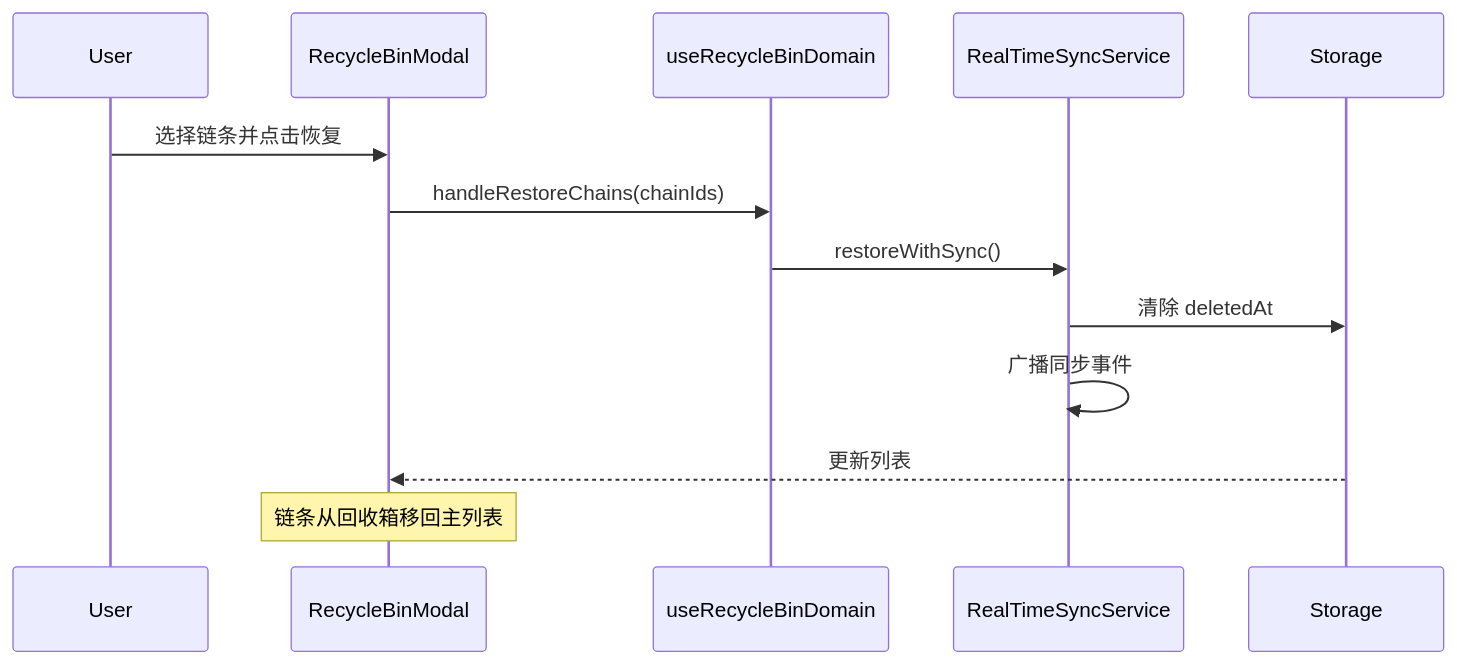
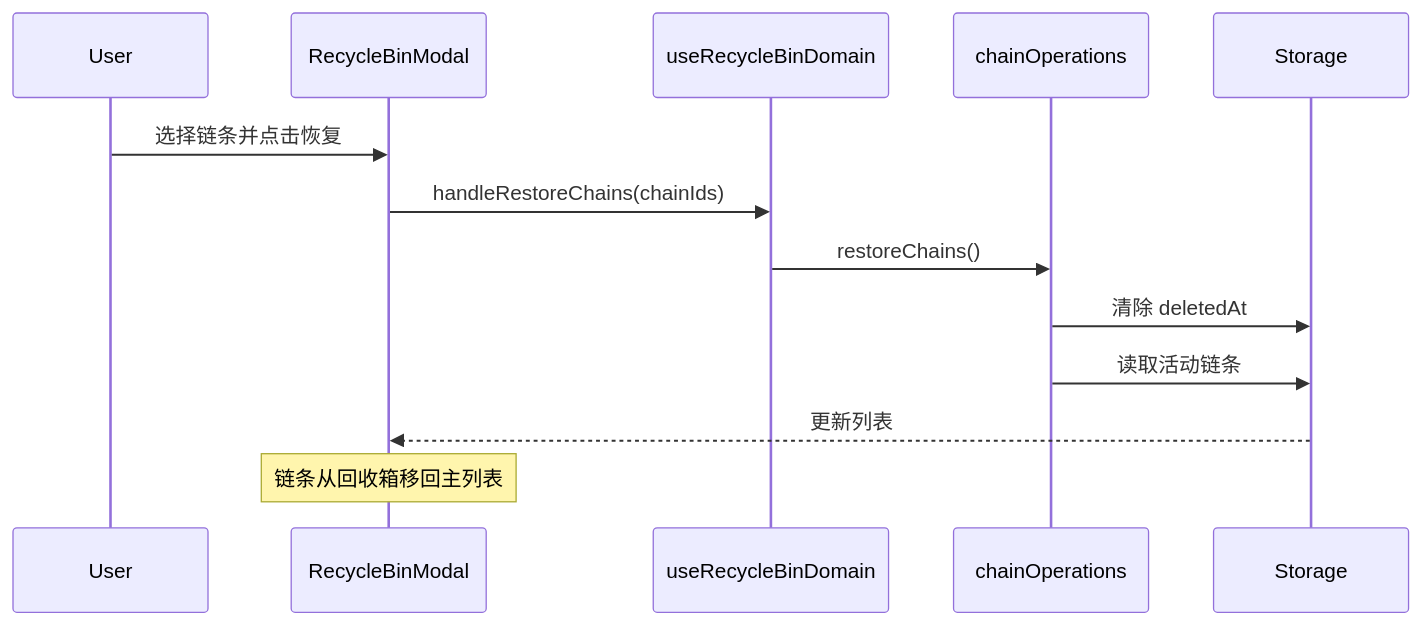
The second of 3 diagrams in docs/features/DOMAIN_RECYCLE_BIN.md (KenXiao1/momentum), drawn with Mermaid before and after one commit. The commit also changed other lines of this file and 142 other files, not shown here.

````diff
--- a/docs/features/DOMAIN_RECYCLE_BIN.md
+++ b/docs/features/DOMAIN_RECYCLE_BIN.md
@@ -79,16 +78,16 @@
 ```mermaid
 sequenceDiagram
     participant User
     participant RecycleBinModal
     participant useRecycleBinDomain
-    participant RealTimeSyncService
+    participant chainOperations
     participant Storage
 
     User->>RecycleBinModal: 选择链条并点击恢复
     RecycleBinModal->>useRecycleBinDomain: handleRestoreChains(chainIds)
-    useRecycleBinDomain->>RealTimeSyncService: restoreWithSync()
-    RealTimeSyncService->>Storage: 清除 deletedAt
-    RealTimeSyncService->>RealTimeSyncService: 广播同步事件
+    useRecycleBinDomain->>chainOperations: restoreChains()
+    chainOperations->>Storage: 清除 deletedAt
+    chainOperations->>Storage: 读取活动链条
     Storage-->>RecycleBinModal: 更新列表
     Note over RecycleBinModal: 链条从回收箱移回主列表
 ```
````
